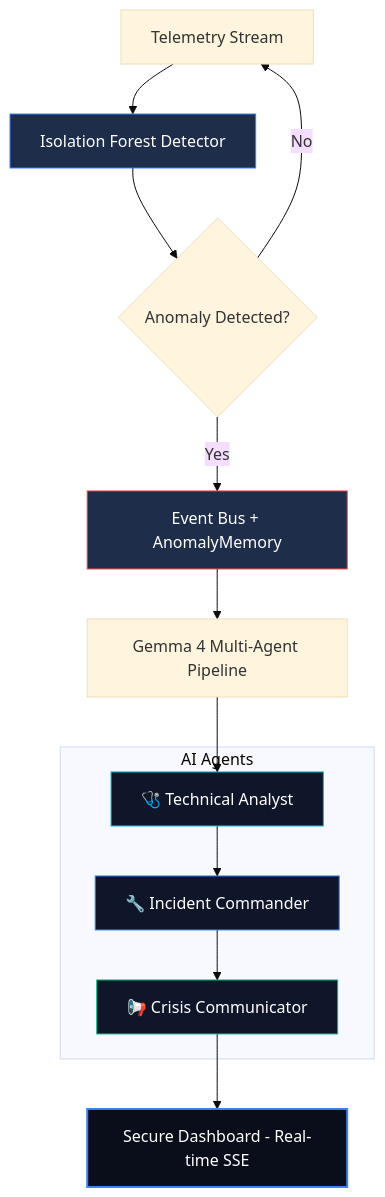
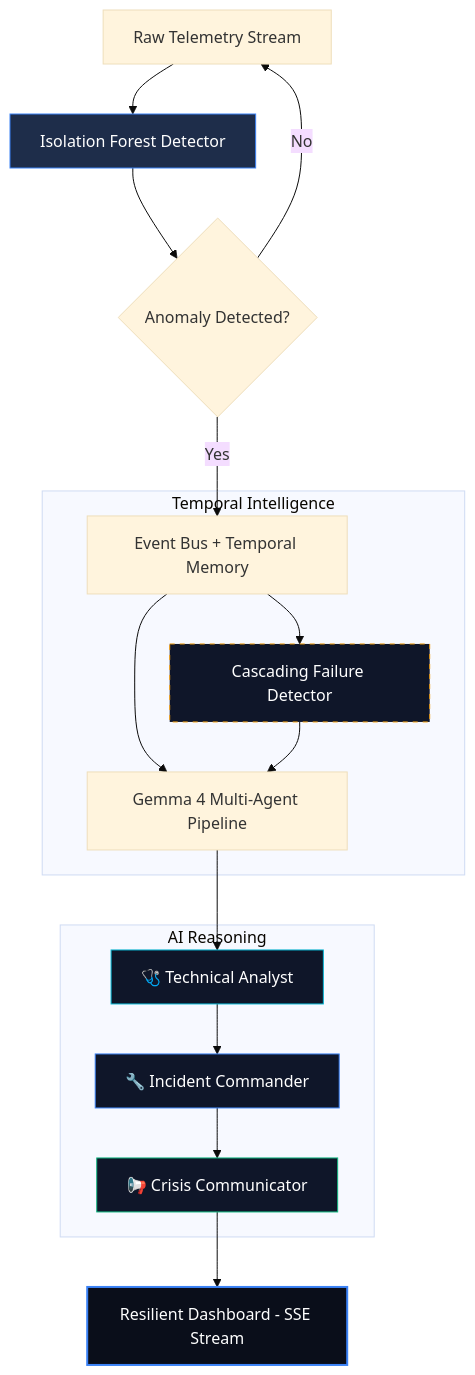
One commit to Ibrahimboutal/NetGuardian changed the diagram in README.md. Above: the diagram before and after it, drawn with Mermaid (base theme). The commit also changed other lines of this file and 10 other files, not shown here.

````diff
--- a/README.md
+++ b/README.md
@@ -11,23 +11,28 @@
 ```mermaid
 graph TD
-    A[Telemetry Stream] --> B[Isolation Forest Detector]
+    A[Raw Telemetry Stream] --> B[Isolation Forest Detector]
     B --> C{Anomaly Detected?}
-    C -- Yes --> D[Event Bus + AnomalyMemory]
+    C -- Yes --> D[Event Bus + Temporal Memory]
     C -- No --> A
     D --> E[Gemma 4 Multi-Agent Pipeline]
     
-    subgraph AI Agents
-        E1[🩺 Technical Analyst] --> E2[🔧 Incident Commander]
+    subgraph Temporal Intelligence
+        D --> D1[Cascading Failure Detector]
+        D1 --> E
+    end
+    
+    subgraph AI Reasoning
+        E --> E1[🩺 Technical Analyst]
+        E1 --> E2[🔧 Incident Commander]
         E2 --> E3[📢 Crisis Communicator]
     end
     
-    E --> E1
-    E3 --> F[Secure Dashboard - Real-time SSE]
+    E3 --> F[Resilient Dashboard - SSE Stream]
     
     style B fill:#1e2d4a,stroke:#3b82f6,color:#fff
-    style D fill:#1e2d4a,stroke:#ef4444,color:#fff
+    style D1 fill:#0f1629,stroke:#f59e0b,color:#fff,stroke-dasharray: 5 5
     style E1 fill:#0f1629,stroke:#06b6d4,color:#fff
     style E2 fill:#0f1629,stroke:#3b82f6,color:#fff
     style E3 fill:#0f1629,stroke:#10b981,color:#fff
     style F fill:#0a0e1a,stroke:#3b82f6,color:#fff,stroke-width:2px
 ```
````
